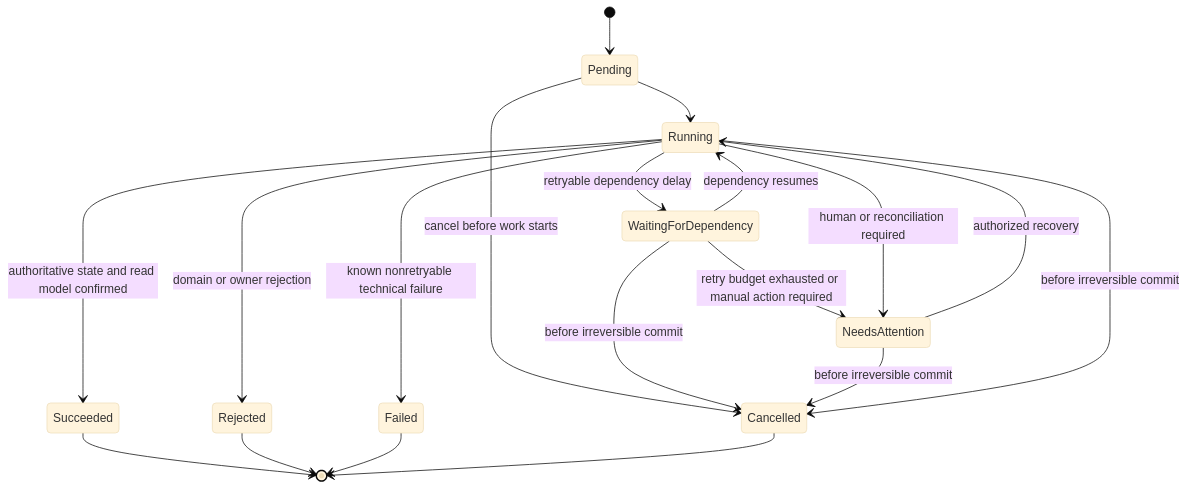
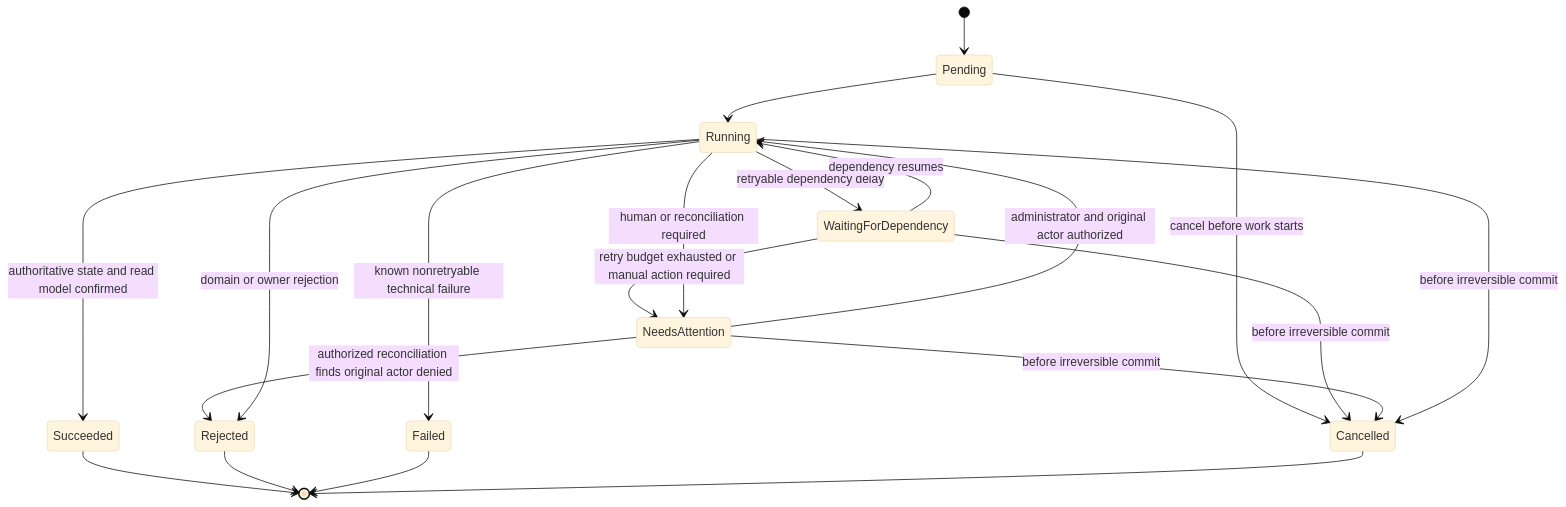
Before and after one commit to Hexalith/Hexalith.Projects: the second of 4 diagrams in _bmad-output/planning-artifacts/architecture/architecture-projects-2026-07-15/ARCHITECTURE-SPINE.md, drawn with Mermaid (base theme). The commit also changed other lines of this file and 6 other files, not shown here.

Commit message:
docs(architecture): record exclusive Folder claims and validation findings

````diff
--- a/_bmad-output/planning-artifacts/architecture/architecture-projects-2026-07-15/ARCHITECTURE-SPINE.md
+++ b/_bmad-output/planning-artifacts/architecture/architecture-projects-2026-07-15/ARCHITECTURE-SPINE.md
@@ -132,21 +134,22 @@
 ```mermaid
 stateDiagram-v2
     [*] --> Pending
     Pending --> Running
     Pending --> Cancelled: cancel before work starts
     Running --> WaitingForDependency: retryable dependency delay
     WaitingForDependency --> Running: dependency resumes
     WaitingForDependency --> NeedsAttention: retry budget exhausted or manual action required
     WaitingForDependency --> Cancelled: before irreversible commit
     Running --> NeedsAttention: human or reconciliation required
-    NeedsAttention --> Running: authorized recovery
+    NeedsAttention --> Running: administrator and original actor authorized
+    NeedsAttention --> Rejected: authorized reconciliation finds original actor denied
     NeedsAttention --> Cancelled: before irreversible commit
     Running --> Cancelled: before irreversible commit
     Running --> Succeeded: authoritative state and read model confirmed
     Running --> Rejected: domain or owner rejection
     Running --> Failed: known nonretryable technical failure
     Succeeded --> [*]
     Rejected --> [*]
     Failed --> [*]
     Cancelled --> [*]
 ```
````
